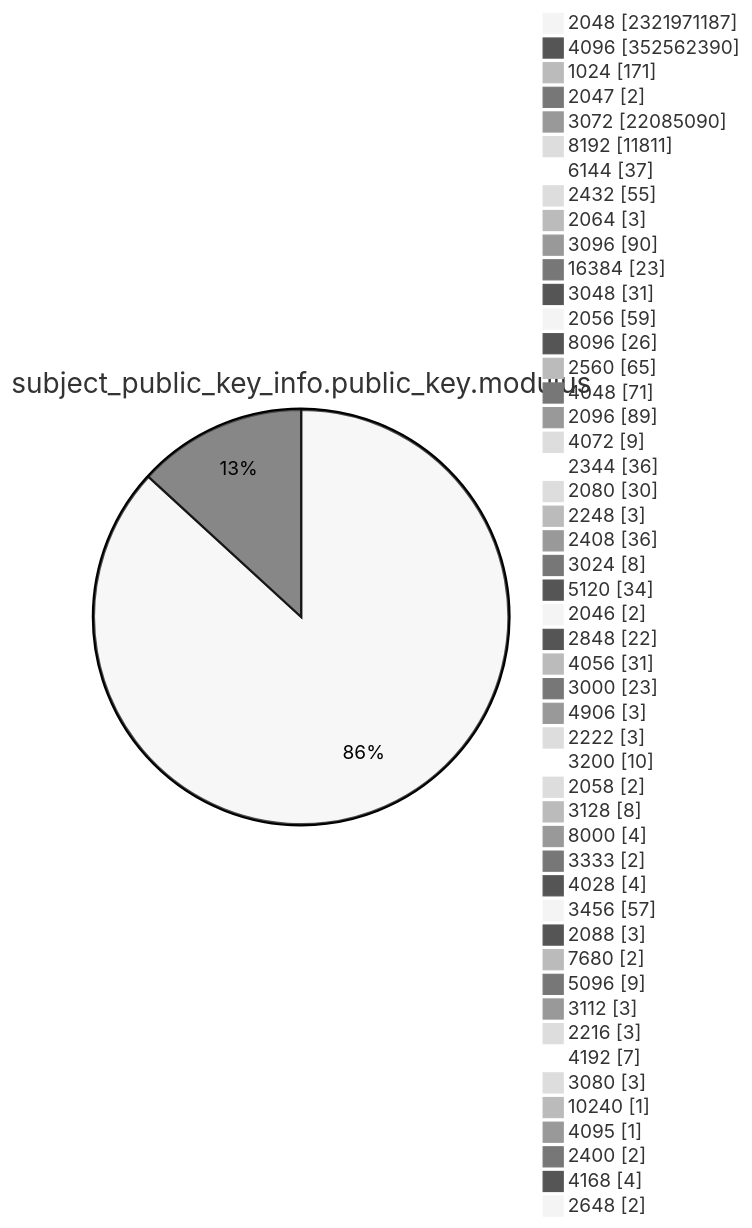
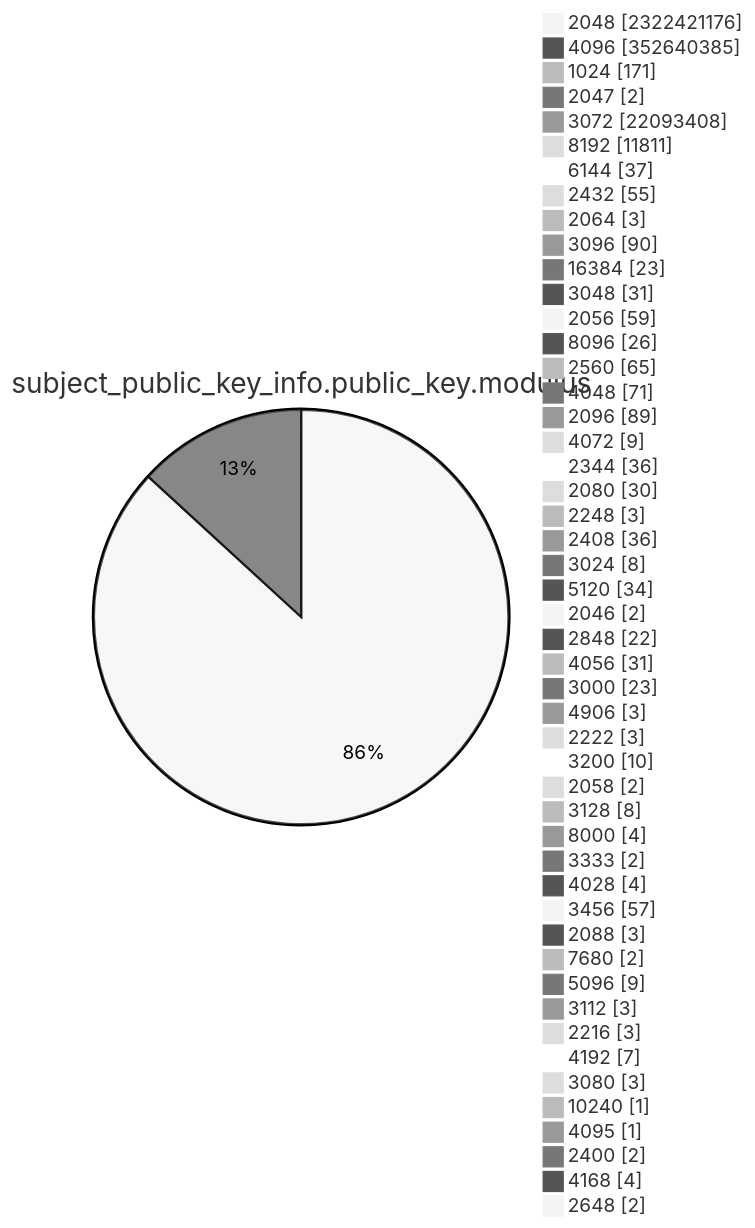
Diagram 13 of 15 in TOTAL/README.md (christiankrug/ctmonitor_visualization), drawn with Mermaid (neutral theme) before and after one commit. The commit also changed other lines of this file, not shown here.

````diff
--- a/TOTAL/README.md
+++ b/TOTAL/README.md
@@ -4167,53 +4167,53 @@
 ```mermaid
 pie showData
 title subject_public_key_info.public_key.modulus
-"2048" :2321971187
-"4096" :352562390
+"2048" :2322421176
+"4096" :352640385
 "1024" :171
 "2047" :2
-"3072" :22085090
+"3072" :22093408
 "8192" :11811
 "6144" :37
 "2432" :55
 "2064" :3
 "3096" :90
 "16384" :23
 "3048" :31
 "2056" :59
 "8096" :26
 "2560" :65
 "4048" :71
 "2096" :89
 "4072" :9
 "2344" :36
 "2080" :30
 "2248" :3
 "2408" :36
 "3024" :8
 "5120" :34
 "2046" :2
 "2848" :22
 "4056" :31
 "3000" :23
 "4906" :3
 "2222" :3
 "3200" :10
 "2058" :2
 "3128" :8
 "8000" :4
 "3333" :2
 "4028" :4
 "3456" :57
 "2088" :3
 "7680" :2
 "5096" :9
 "3112" :3
 "2216" :3
 "4192" :7
 "3080" :3
 "10240" :1
 "4095" :1
 "2400" :2
 "4168" :4
 "2648" :2
 ```
````
